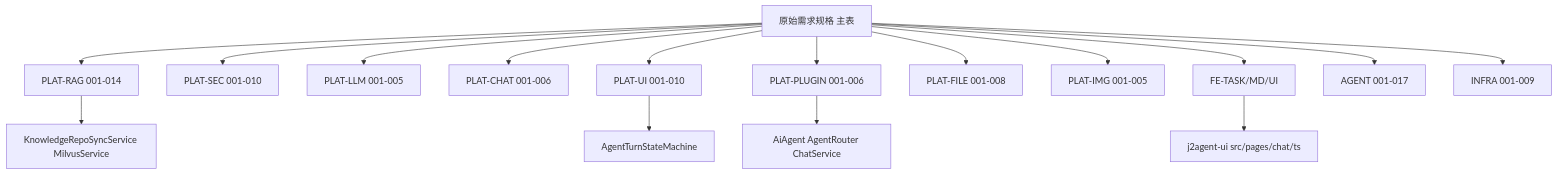
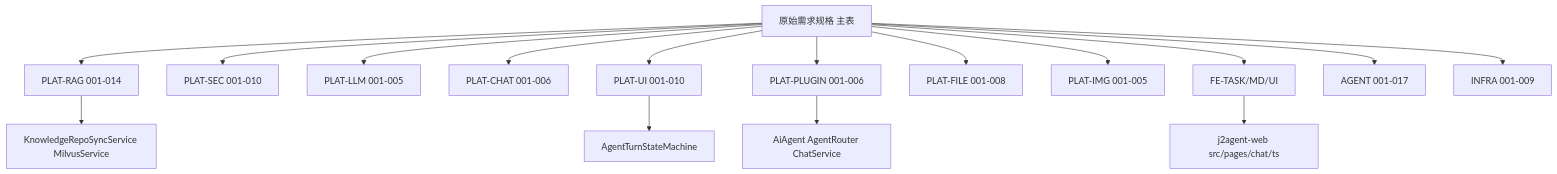
The diagram in 原始需求规格/README.md (j2agent-ai/j2agent-docs), drawn with Mermaid before and after one commit. The commit also changed other lines of this file and 2 other files, not shown here.

First line of the commit message:
feat(agent): 添加 ask_question 工具支持用户澄清

````diff
--- a/原始需求规格/README.md
+++ b/原始需求规格/README.md
@@ -106,19 +106,19 @@
 ```mermaid
 flowchart TB
   main[原始需求规格 主表]
   main --> platRAG[PLAT-RAG 001-014]
   main --> platSEC[PLAT-SEC 001-010]
   main --> platLLM[PLAT-LLM 001-005]
   main --> platCHAT[PLAT-CHAT 001-006]
   main --> platUI[PLAT-UI 001-010]
   main --> platPLUGIN[PLAT-PLUGIN 001-006]
   main --> platFILE[PLAT-FILE 001-008]
   main --> platIMG[PLAT-IMG 001-005]
   main --> fe[FE-TASK/MD/UI]
   main --> agent[AGENT 001-017]
   main --> infra[INFRA 001-009]
   platRAG --> codeRAG[KnowledgeRepoSyncService MilvusService]
   platPLUGIN --> codeAgent[AiAgent AgentRouter ChatService]
   platUI --> codeUI[AgentTurnStateMachine]
-  fe --> codeFE[j2agent-ui src/pages/chat/ts]
+  fe --> codeFE[j2agent-web src/pages/chat/ts]
 ```
````
